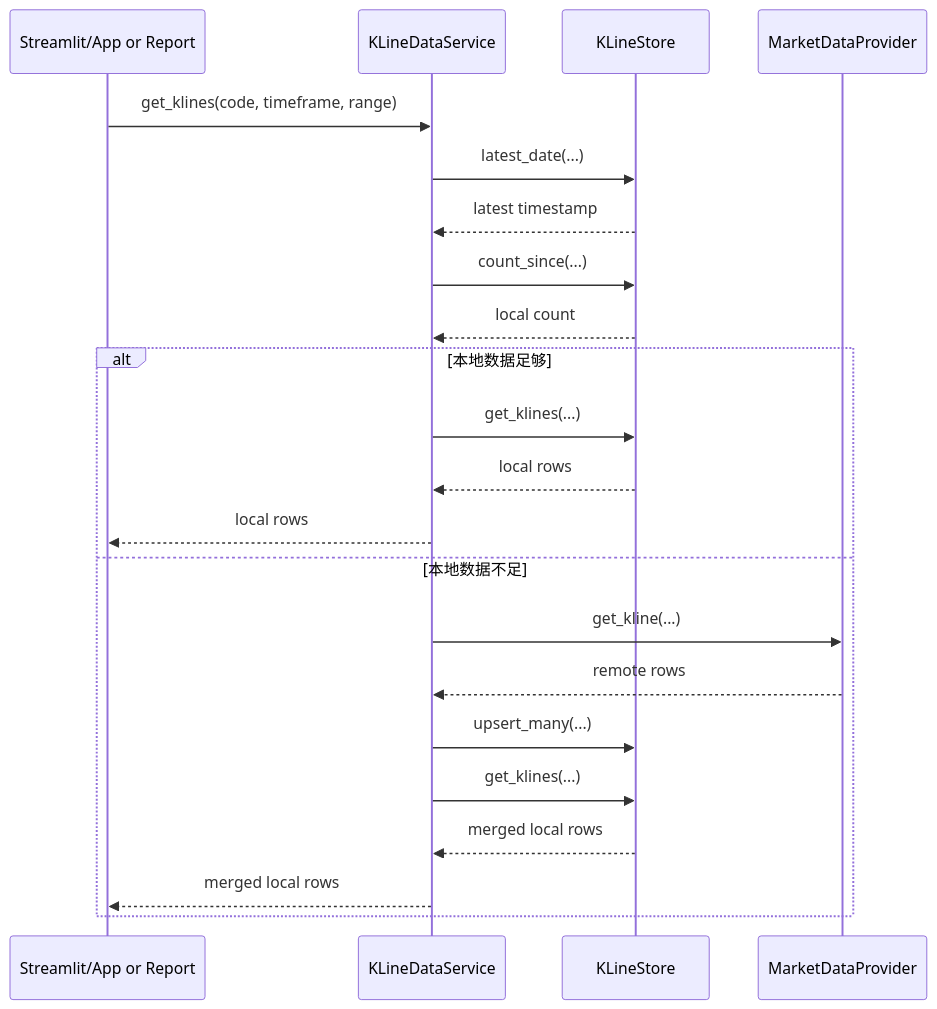
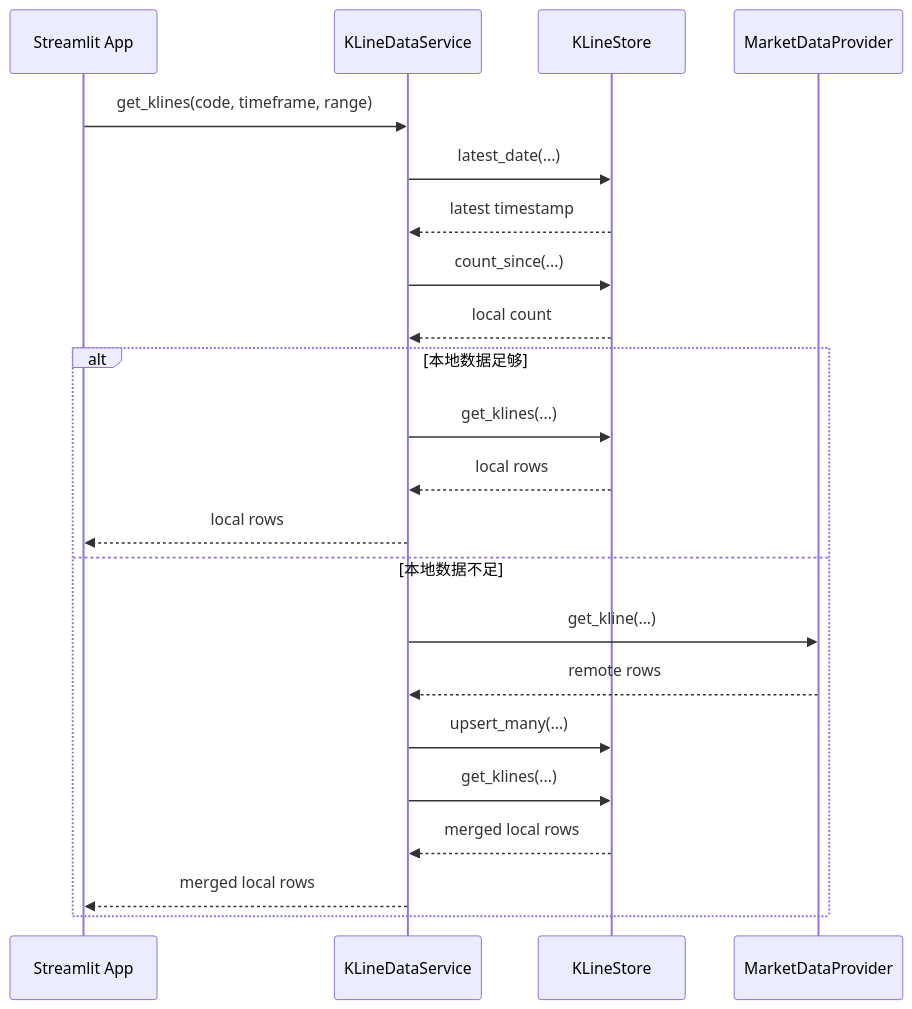
Before and after one commit to shenjee/stockpilot: the second of 3 diagrams in docs/software_technical_document.zh.md, drawn with Mermaid. The commit also changed other lines of this file and 61 other files, not shown here.

````diff
--- a/docs/software_technical_document.zh.md
+++ b/docs/software_technical_document.zh.md
@@ -252,25 +223,25 @@
 ```mermaid
 sequenceDiagram
-    participant UI as Streamlit/App or Report
+    participant UI as Streamlit App
     participant S as KLineDataService
     participant R as KLineStore
     participant P as MarketDataProvider
 
     UI->>S: get_klines(code, timeframe, range)
     S->>R: latest_date(...)
     R-->>S: latest timestamp
     S->>R: count_since(...)
     R-->>S: local count
     alt 本地数据足够
         S->>R: get_klines(...)
         R-->>S: local rows
         S-->>UI: local rows
     else 本地数据不足
         S->>P: get_kline(...)
         P-->>S: remote rows
         S->>R: upsert_many(...)
         S->>R: get_klines(...)
         R-->>S: merged local rows
         S-->>UI: merged local rows
     end
 ```
````
